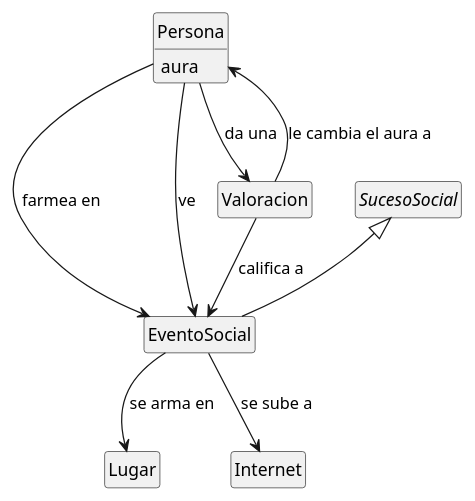
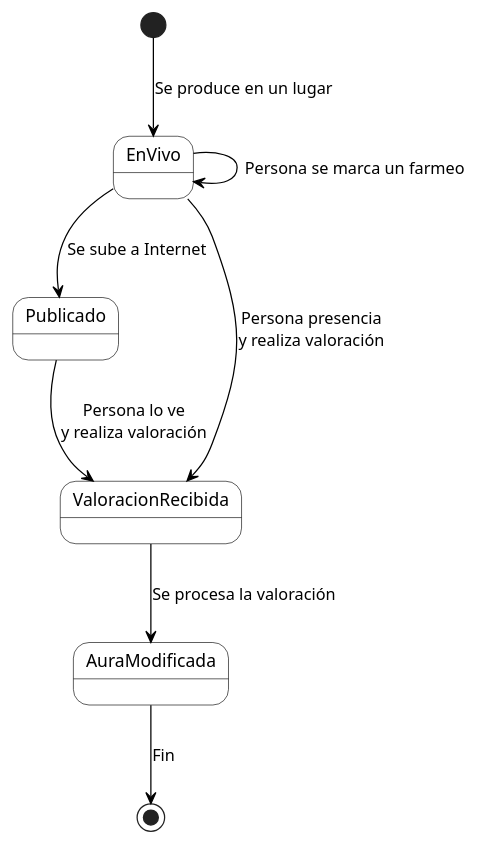
One commit to Angelo2272/26-27-idsw1 changed the diagram in entregas/zhenChao/src/reto-001/uml/modeloDominioAura.puml. Above: the diagram before and after it, drawn with PlantUML. The commit also changed 1 other file, not shown here.

Commit message:
feat: modelo de dominio, agregar diagrama de objetos y estados

```diff
--- a/entregas/zhenChao/src/reto-001/uml/modeloDominioAura.puml
+++ b/entregas/zhenChao/src/reto-001/uml/modeloDominioAura.puml
@@ -1,30 +1,25 @@
 @startuml
 skinparam monochrome true
-hide circle
-hide empty members
+skinparam shadowing false
 
-class Persona {
-  aura
+skinparam state {
+    BackgroundColor white
+    BorderColor black
+    ArrowColor black
 }
 
-abstract class SucesoSocial
+[*] --> EnVivo : Se produce en un lugar
 
-class EventoSocial
-class Valoracion
-class Lugar
-Class Internet
+EnVivo --> EnVivo : Persona se marca un farmeo
 
+EnVivo --> Publicado : Se sube a Internet
 
-SucesoSocial <|-- EventoSocial
+EnVivo --> ValoracionRecibida : Persona presencia\ny realiza valoración
 
+Publicado --> ValoracionRecibida : Persona lo ve\ny realiza valoración
 
-Persona --> EventoSocial : farmea en 
-Persona --> EventoSocial : ve 
-EventoSocial --> Lugar : se arma en
-EventoSocial --> Internet : se sube a
+ValoracionRecibida --> AuraModificada : Se procesa la valoración
 
-Persona --> Valoracion : da una 
-Valoracion --> EventoSocial : califica a
-Valoracion -up-> Persona : le cambia el aura a
+AuraModificada --> [*] : Fin
 
 @enduml
```
